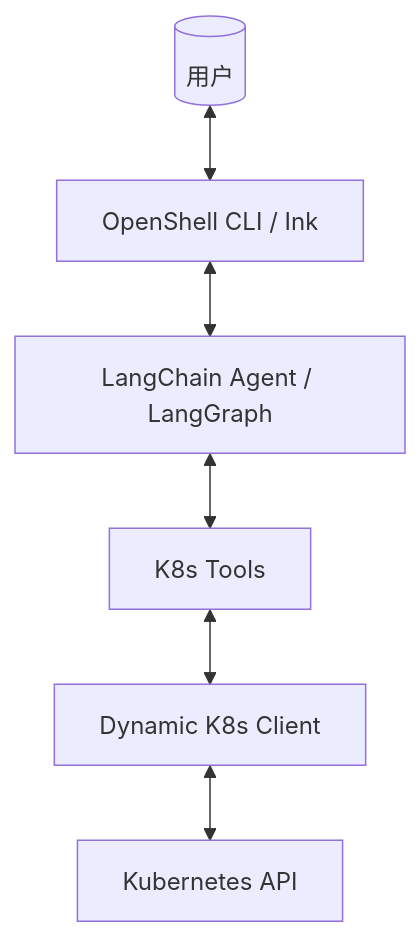
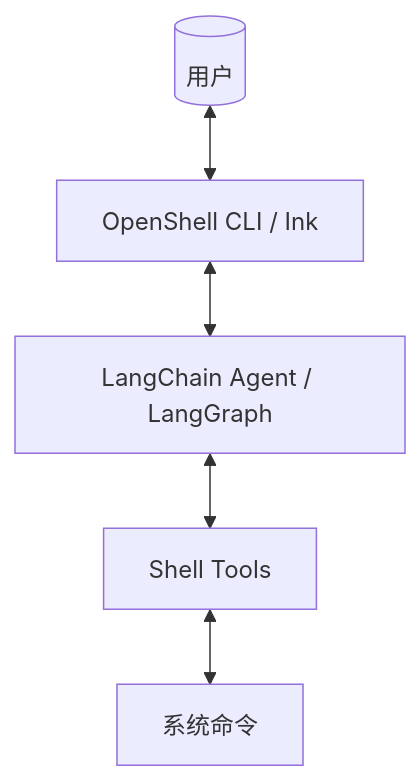
One commit to zhizuqiu/openshell changed the diagram in docs/manual/DEVELOPER.zh-CN.md. Above: the diagram before and after it, drawn with Mermaid. The commit also changed other lines of this file and 5 other files, not shown here.

````diff
--- a/docs/manual/DEVELOPER.zh-CN.md
+++ b/docs/manual/DEVELOPER.zh-CN.md
@@ -24,8 +24,7 @@
 ```mermaid
 graph TD
     User[(用户)] <--> CLI[OpenShell CLI / Ink]
     CLI <--> Agent[LangChain Agent / LangGraph]
-    Agent <--> Tools[K8s Tools]
-    Tools <--> Client[Dynamic K8s Client]
-    Client <--> API[Kubernetes API]
+    Agent <--> Tools[Shell Tools]
+    Tools <--> System[系统命令]
 ```
````
